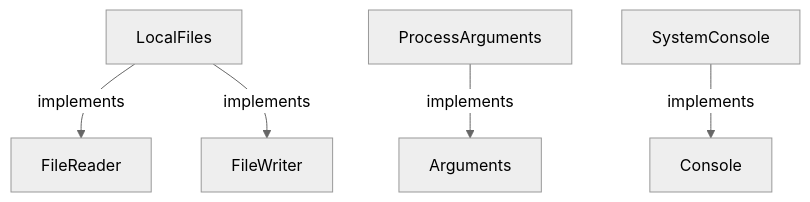
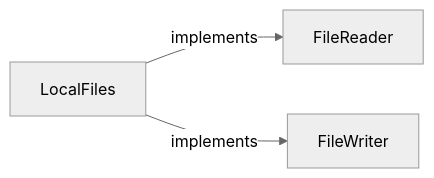
The first of 7 diagrams in docs/examples/approved-design/dependencies/august/0.23.0/io/contracts-diagrams.md (GreenPandaStudios/augscript), drawn with Mermaid (neutral theme) before and after one commit. The commit also changed other lines of this file and 304 other files, not shown here.

Commit message:
Make generated data-flow sequences concise and review every diagram

````diff
--- a/docs/examples/approved-design/dependencies/august/0.23.0/io/contracts-diagrams.md
+++ b/docs/examples/approved-design/dependencies/august/0.23.0/io/contracts-diagrams.md
@@ -19,14 +21,8 @@
 ```mermaid
-flowchart TD
-    n0["Arguments"]
-    n1["Console"]
-    n2["FileReader"]
-    n3["FileWriter"]
-    n4["LocalFiles"]
-    n5["ProcessArguments"]
-    n6["SystemConsole"]
-    n4 -->|"implements"| n2
-    n4 -->|"implements"| n3
-    n5 -->|"implements"| n0
-    n6 -->|"implements"| n1
+flowchart LR
+    n0["FileReader"]
+    n1["FileWriter"]
+    n2["LocalFiles"]
+    n2 -->|"implements"| n0
+    n2 -->|"implements"| n1
 ```
````
